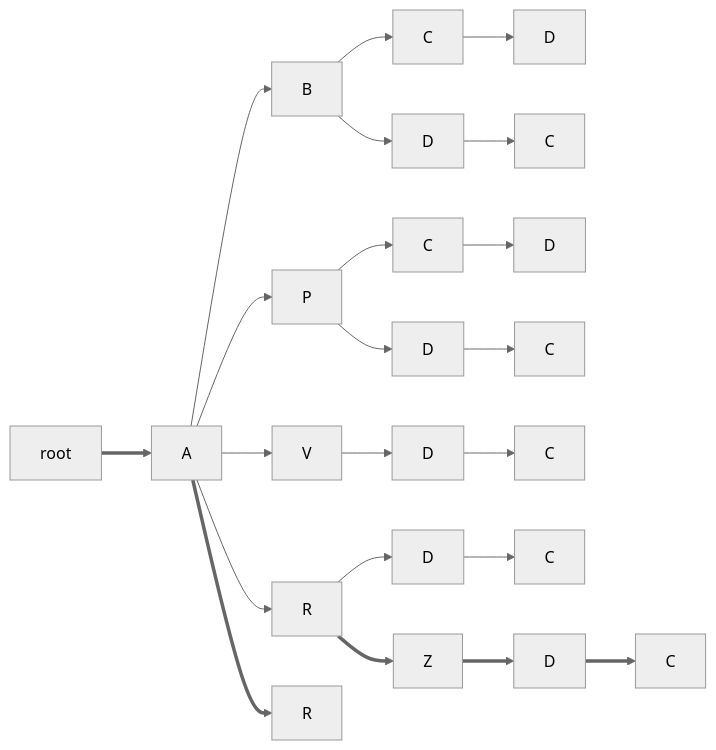
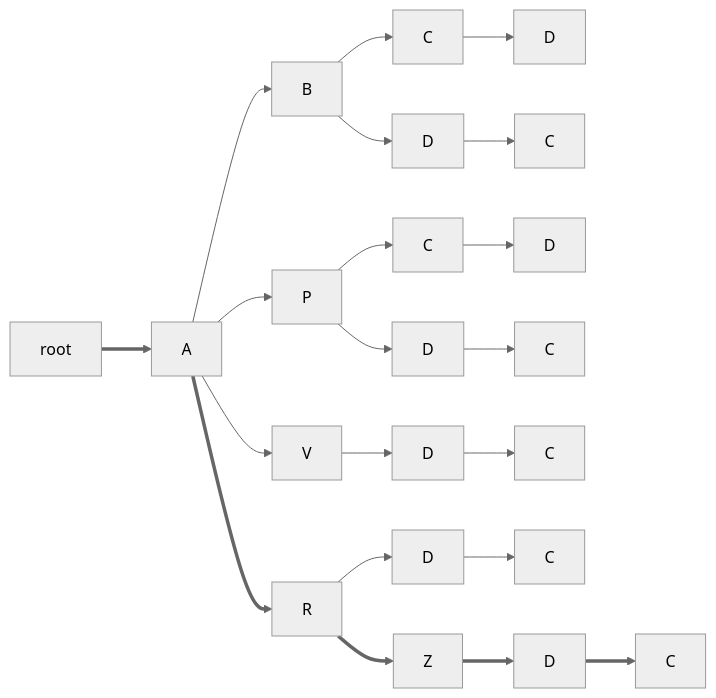
One commit to vedph/gve-doc changed the eighth of 16 diagrams in model/export-tree.md. Above: the diagram before and after it, drawn with Mermaid (neutral theme).

````diff
--- a/model/export-tree.md
+++ b/model/export-tree.md
@@ -164,25 +164,24 @@
 ```mermaid
 graph LR;
 
 root ==> A
 A --> B
 B --> C
 C --> D6[D]
 A --> P
 P --> C5
 C5[C] --> D5[D]
 P --> D4[D]
 D4 --> C4[C]
 B --> D3[D]
 D3 --> C3[C]
 A --> V
 V --> D2[D]
 D2 --> C2[C]
-A --> R
+A ==> R
 R --> D1[D]
 D1 --> C1[C]
-A ==> R0[R]
 R ==> Z
 Z ==> D0[D]
 D0 ==> C0[C]
 ```
````
